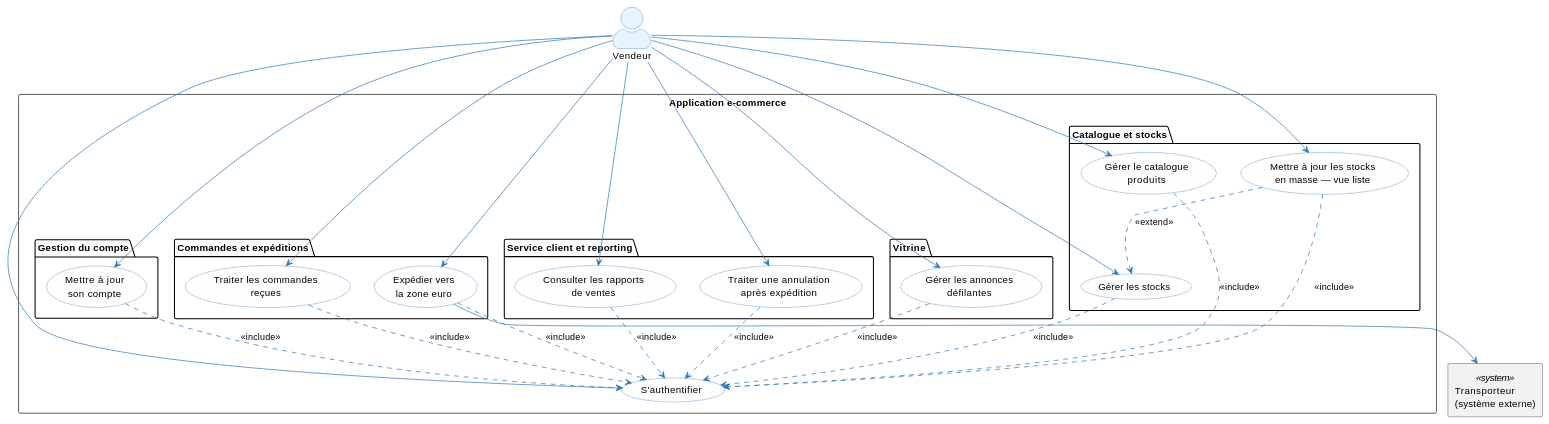
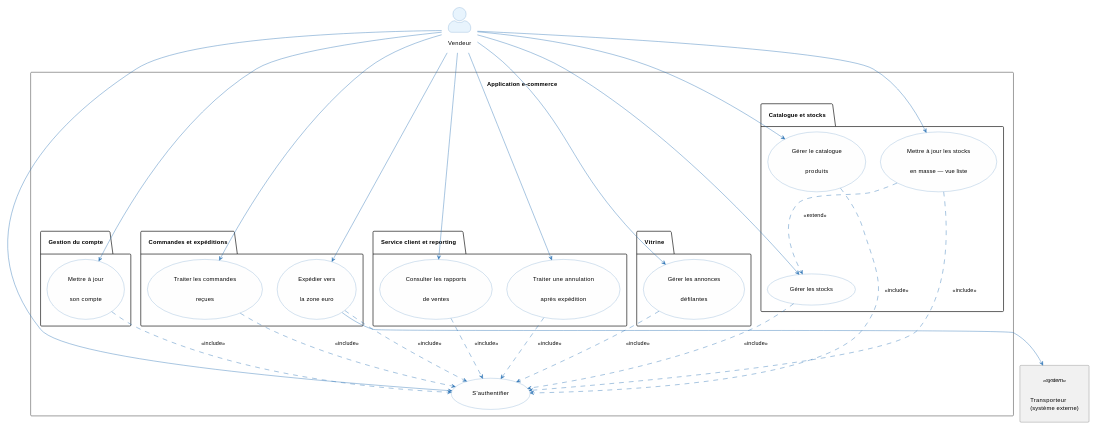
One commit to louistalvande/online_shop changed the second of 4 diagrams in architecture/01-operational-analysis/oa.adoc. Above: the diagram before and after it, drawn with PlantUML. The commit also changed other lines of this file and 6 other files, not shown here.

```diff
--- a/architecture/01-operational-analysis/oa.adoc
+++ b/architecture/01-operational-analysis/oa.adoc
@@ -190,61 +190,63 @@
 [plantuml, oa-uc-vendor, svg]
 ----
+scale 0.6
+skinparam padding 15
 skinparam actorStyle awesome
 skinparam usecase {
   BackgroundColor #FEFEFE
   BorderColor #2E75B6
   ArrowColor #2E75B6
 }
 skinparam actor {
   BackgroundColor #E8F4FD
   BorderColor #2E75B6
 }
 
 actor "Vendeur" as Vendor
 rectangle "Transporteur\n(système externe)" as Carrier <<system>>
 
 rectangle "Application e-commerce" {
   usecase (S'authentifier) as UC_V_AUTH
   package "Gestion du compte" {
     usecase (Mettre à jour\nson compte) as UC_V0
   }
   package "Catalogue et stocks" {
     usecase (Gérer le catalogue\nproduits) as UC_V1
     usecase (Gérer les stocks) as UC_V2
     usecase (Mettre à jour les stocks\nen masse — vue liste) as UC_V10
   }
   package "Commandes et expéditions" {
     usecase (Traiter les commandes\nreçues) as UC_V3
     usecase (Expédier vers\nla zone euro) as UC_V4
   }
   package "Service client et reporting" {
     usecase (Consulter les rapports\nde ventes) as UC_V6
     usecase (Traiter une annulation\naprès expédition) as UC_V8
   }
   package "Vitrine" {
     usecase (Gérer les annonces\ndéfilantes) as UC_V9
   }
 }
 
 Vendor --> UC_V_AUTH
 Vendor --> UC_V0
 Vendor --> UC_V1
 Vendor --> UC_V2
 Vendor --> UC_V10
 Vendor --> UC_V3
 Vendor --> UC_V4
 Vendor --> UC_V6
 Vendor --> UC_V8
 Vendor --> UC_V9
 UC_V0 ..> UC_V_AUTH : <<include>>
 UC_V1 ..> UC_V_AUTH : <<include>>
 UC_V2 ..> UC_V_AUTH : <<include>>
 UC_V3 ..> UC_V_AUTH : <<include>>
 UC_V4 ..> UC_V_AUTH : <<include>>
 UC_V6 ..> UC_V_AUTH : <<include>>
 UC_V8 ..> UC_V_AUTH : <<include>>
 UC_V9 ..> UC_V_AUTH : <<include>>
 UC_V10 ..> UC_V_AUTH : <<include>>
 UC_V10 ..> UC_V2 : <<extend>>
 UC_V4 --> Carrier
 ----
```
